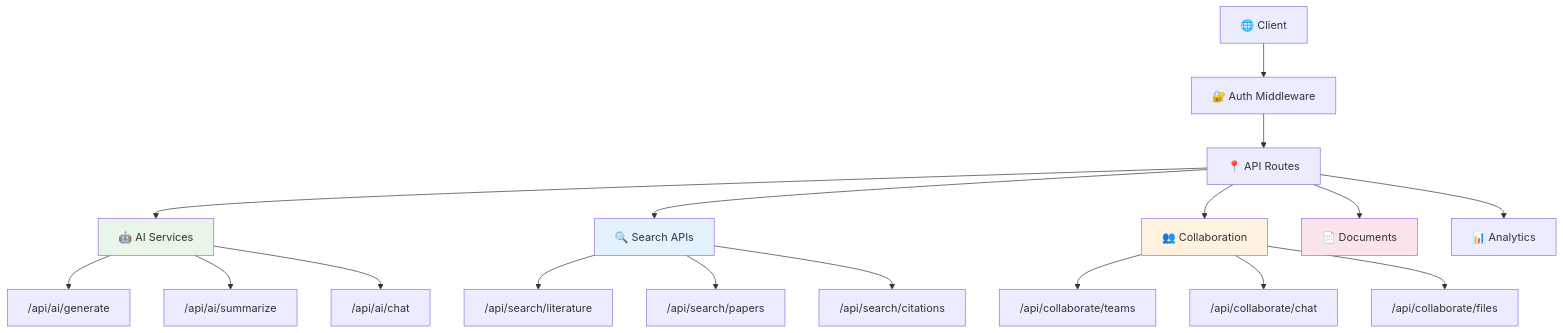
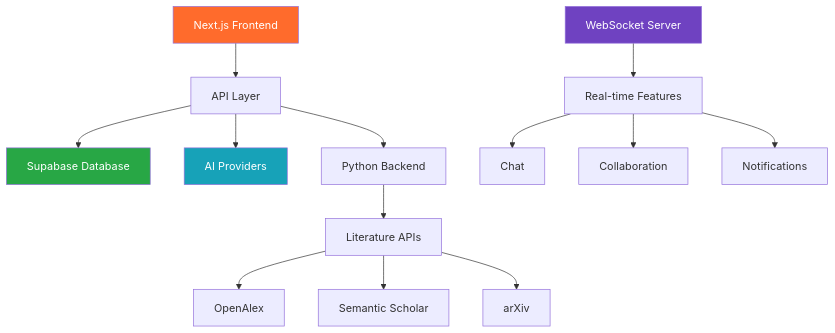
The fifth of 6 diagrams in README.md (Kedhareswer/thesisflow-ai), drawn with Mermaid before and after one commit. The commit also changed other lines of this file and 1 other file, not shown here.

````diff
--- a/README.md
+++ b/README.md
@@ -1018,28 +191,22 @@
 ```mermaid
-graph TD
-    A[🌐 Client] --> B[🔐 Auth Middleware]
-    B --> C[📍 API Routes]
+flowchart TD
+    A[Next.js Frontend] --> B[API Layer]
+    B --> C[Supabase Database]
+    B --> D[AI Providers]
+    B --> E[Python Backend]
     
-    C --> D[🤖 AI Services]
-    C --> E[🔍 Search APIs]
-    C --> F[👥 Collaboration]
-    C --> G[📄 Documents]
-    C --> H[📊 Analytics]
+    F[WebSocket Server] --> G[Real-time Features]
+    G --> H[Chat]
+    G --> I[Collaboration]
+    G --> J[Notifications]
     
-    D --> D1["/api/ai/generate"]
-    D --> D2["/api/ai/summarize"]
-    D --> D3["/api/ai/chat"]
+    E --> K[Literature APIs]
+    K --> L[OpenAlex]
+    K --> M[Semantic Scholar]
+    K --> N[arXiv]
     
-    E --> E1["/api/search/literature"]
-    E --> E2["/api/search/papers"]
-    E --> E3["/api/search/citations"]
-    
-    F --> F1["/api/collaborate/teams"]
-    F --> F2["/api/collaborate/chat"]
-    F --> F3["/api/collaborate/files"]
-    
-    style D fill:#e8f5e8
-    style E fill:#e3f2fd
-    style F fill:#fff3e0
-    style G fill:#fce4ec
+    style A fill:#FF6B2C,color:#fff
+    style C fill:#28a745,color:#fff
+    style D fill:#17a2b8,color:#fff
+    style F fill:#6f42c1,color:#fff
 ```
````
